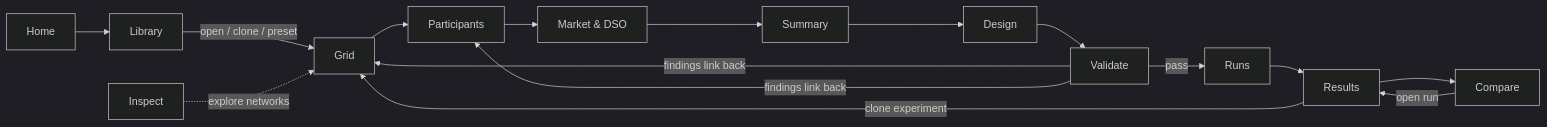
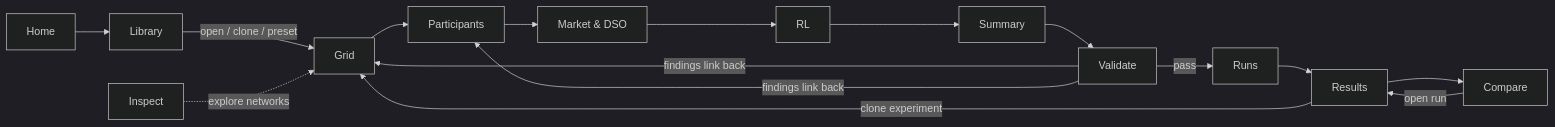
One commit to KevinRapo/P2P-thesis changed the first of 3 diagrams in docs_thesis/thesis/architecture/05-presentation.md. Above: the diagram before and after it, drawn with Mermaid (dark theme). The commit also changed other lines of this file and 4 other files, not shown here.

````diff
--- a/docs_thesis/thesis/architecture/05-presentation.md
+++ b/docs_thesis/thesis/architecture/05-presentation.md
@@ -27,15 +27,15 @@
 ```mermaid
 flowchart LR
   Home --> Library
   Library -->|open / clone / preset| Grid
   Inspect -.->|explore networks| Grid
-  Grid --> Participants --> Market[Market & DSO] --> Summary
-  Summary --> Design --> Validate
+  Grid --> Participants --> Market[Market & DSO] --> RL --> Summary
+  Summary --> Validate
   Validate -->|pass| Runs
   Validate -->|findings link back| Grid
   Validate -->|findings link back| Participants
   Runs --> Results
   Results --> Compare
   Results -->|clone experiment| Grid
   Compare -->|open run| Results
 ```
````
